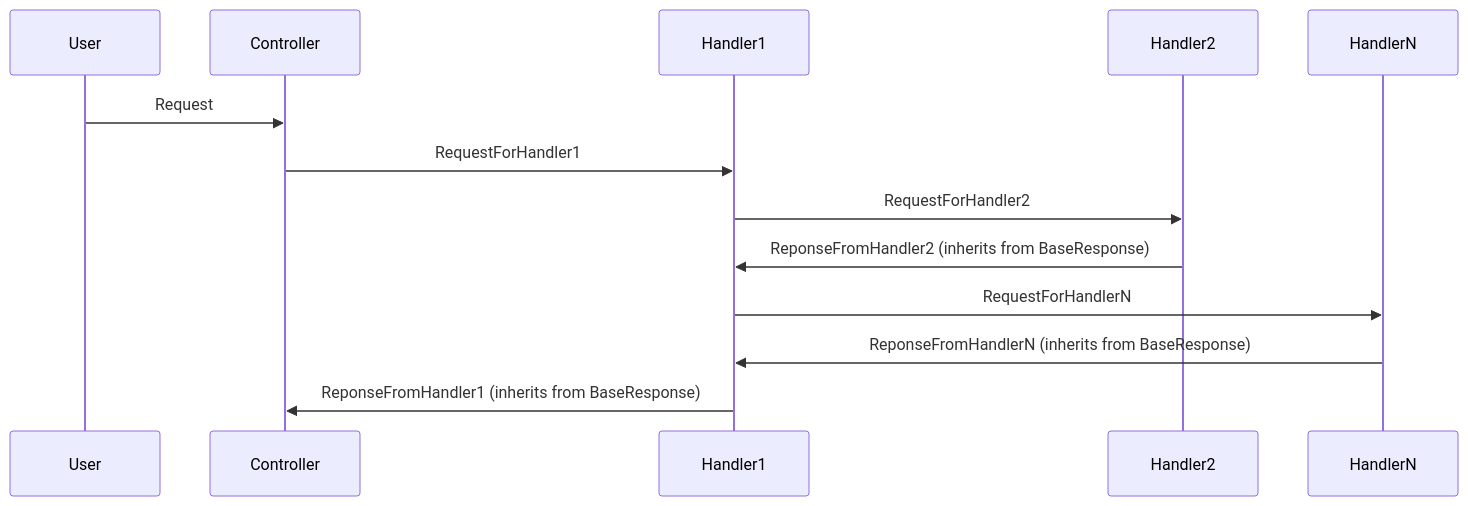
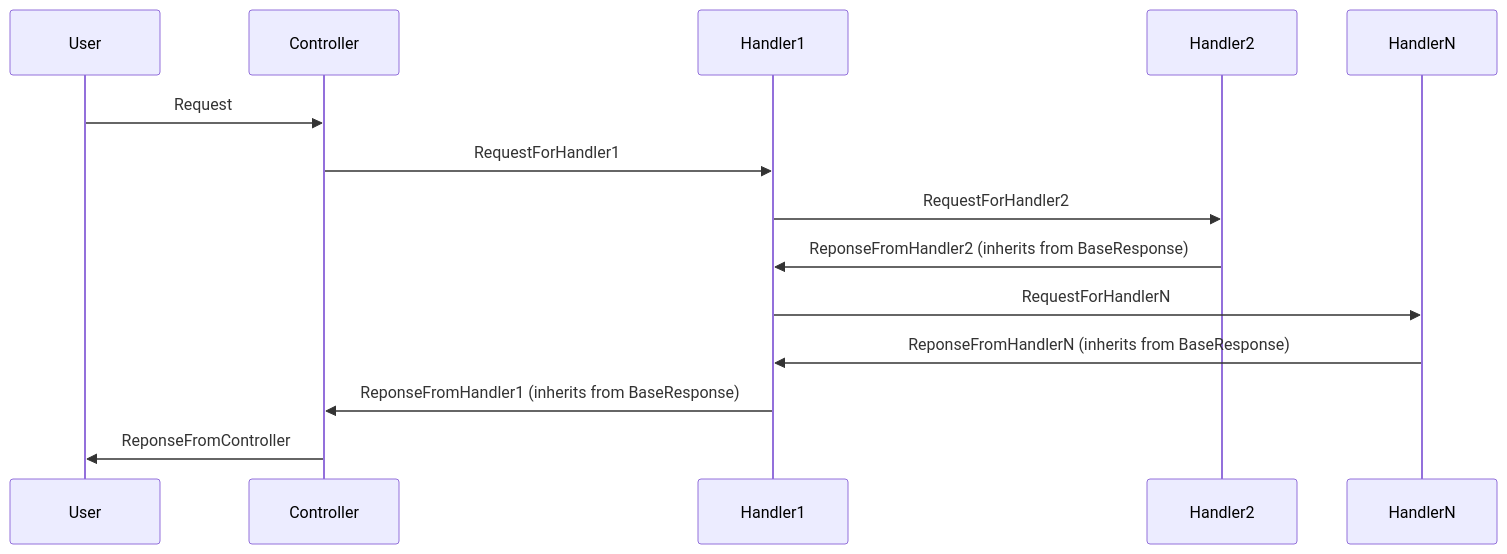
Before and after one commit to shesta7/MediatorExample: the diagram in README.md, drawn with Mermaid.

````diff
--- a/README.md
+++ b/README.md
@@ -5,15 +5,16 @@
 ```mermaid
 sequenceDiagram
     participant User
     participant Controller
     participant Handler1
     participant Handler2
     participant HandlerN
     User->>Controller: Request
     Controller->>Handler1: RequestForHandler1
     Handler1->>Handler2: RequestForHandler2
     Handler2->>Handler1: ReponseFromHandler2 (inherits from BaseResponse)
     Handler1->>HandlerN: RequestForHandlerN
     HandlerN->>Handler1: ReponseFromHandlerN (inherits from BaseResponse)
     Handler1->>Controller: ReponseFromHandler1 (inherits from BaseResponse)
+    Controller->>User: ReponseFromController
 ```
````
